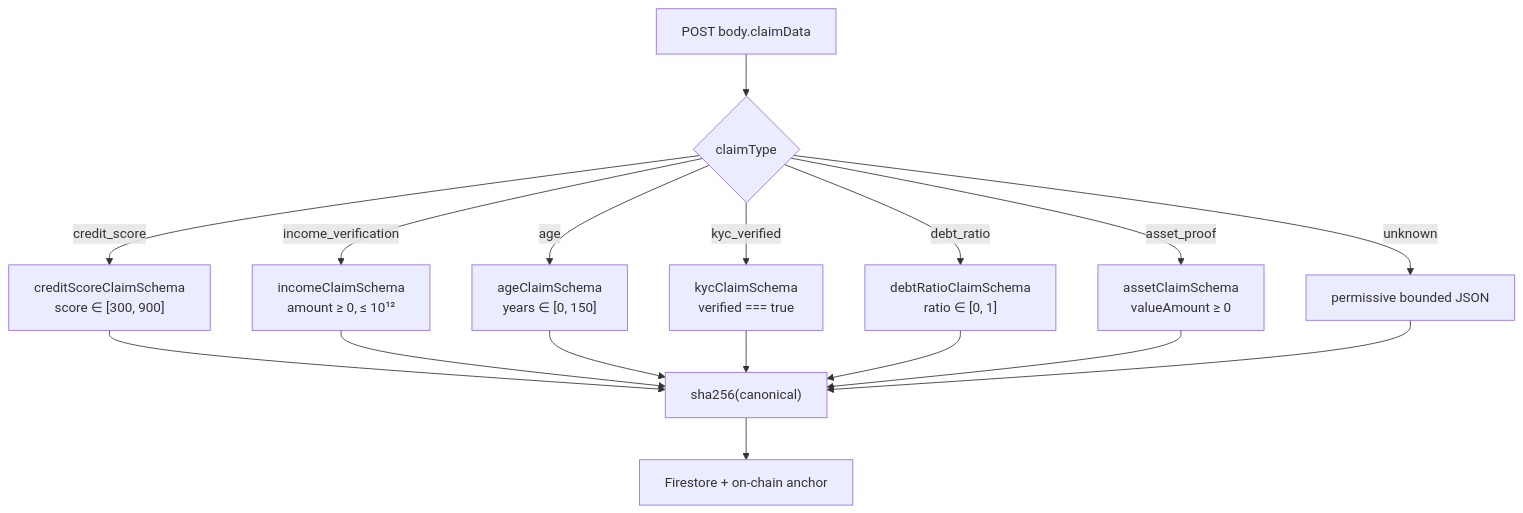
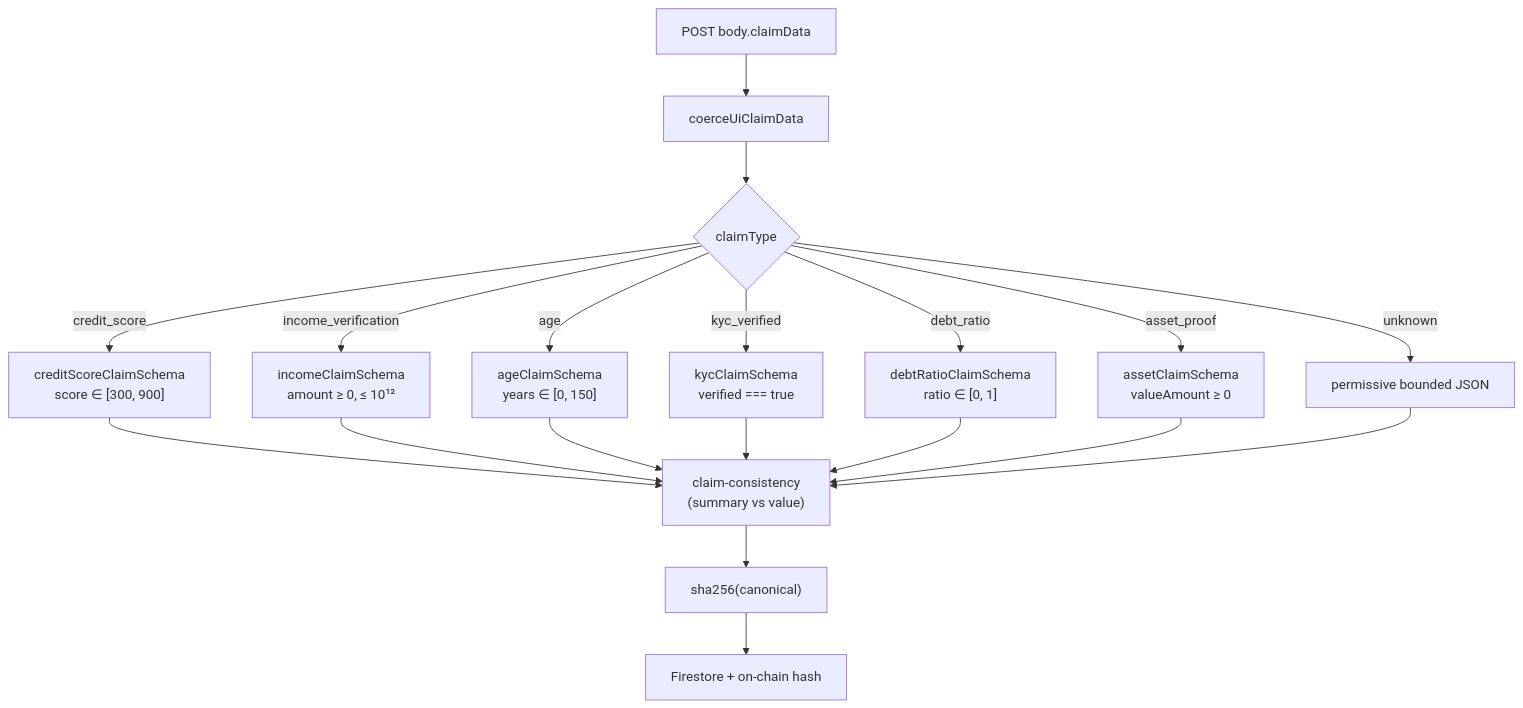
Before and after one commit to nishant-uxs/krydo-stellar: diagram 11 of 26 in DOCUMENTATION.md, drawn with Mermaid. The commit also changed other lines of this file and 2 other files, not shown here.

Commit message:
Align README and docs with wallet-signed Soroban flows.

````diff
--- a/DOCUMENTATION.md
+++ b/DOCUMENTATION.md
@@ -386,20 +386,22 @@
 ```mermaid
 flowchart TB
     IN["POST body.claimData"]
-    IN --> SW{"claimType"}
+    IN --> COERCE["coerceUiClaimData"]
+    COERCE --> SW{"claimType"}
     SW -->|credit_score| CS["creditScoreClaimSchema<br/>score ∈ [300, 900]"]
     SW -->|income_verification| INC["incomeClaimSchema<br/>amount ≥ 0, ≤ 10¹²"]
     SW -->|age| AG["ageClaimSchema<br/>years ∈ [0, 150]"]
     SW -->|kyc_verified| KYC["kycClaimSchema<br/>verified === true"]
     SW -->|debt_ratio| DR["debtRatioClaimSchema<br/>ratio ∈ [0, 1]"]
     SW -->|asset_proof| AS["assetClaimSchema<br/>valueAmount ≥ 0"]
     SW -->|unknown| PASS["permissive bounded JSON"]
-    CS --> HASH["sha256(canonical)"]
-    INC --> HASH
-    AG --> HASH
-    KYC --> HASH
-    DR --> HASH
-    AS --> HASH
-    PASS --> HASH
-    HASH --> STORE["Firestore + on-chain anchor"]
+    CS --> CONS["claim-consistency<br/>(summary vs value)"]
+    INC --> CONS
+    AG --> CONS
+    KYC --> CONS
+    DR --> CONS
+    AS --> CONS
+    PASS --> CONS
+    CONS --> HASH["sha256(canonical)"]
+    HASH --> STORE["Firestore + on-chain hash"]
 ```
````
